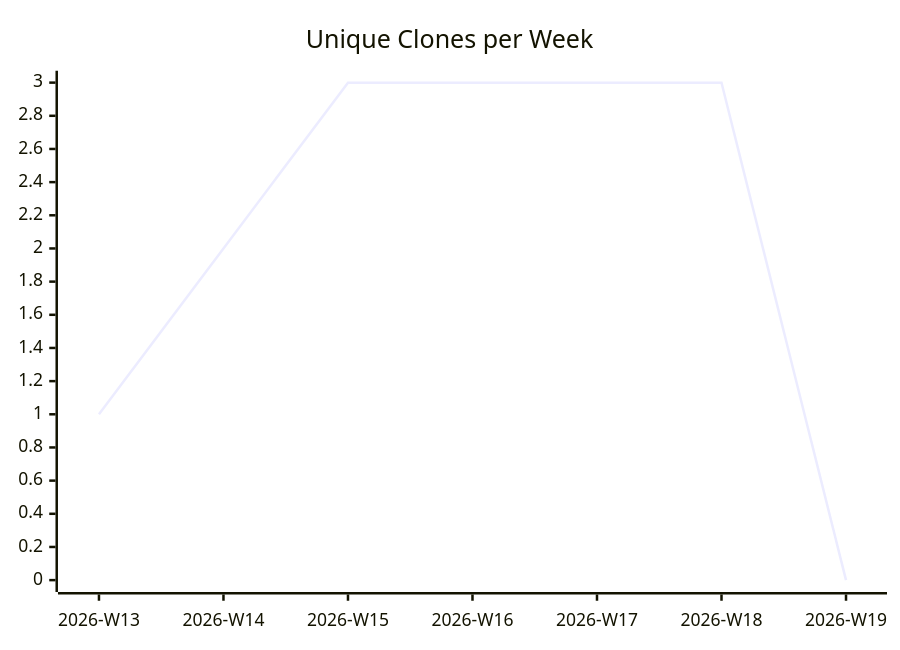
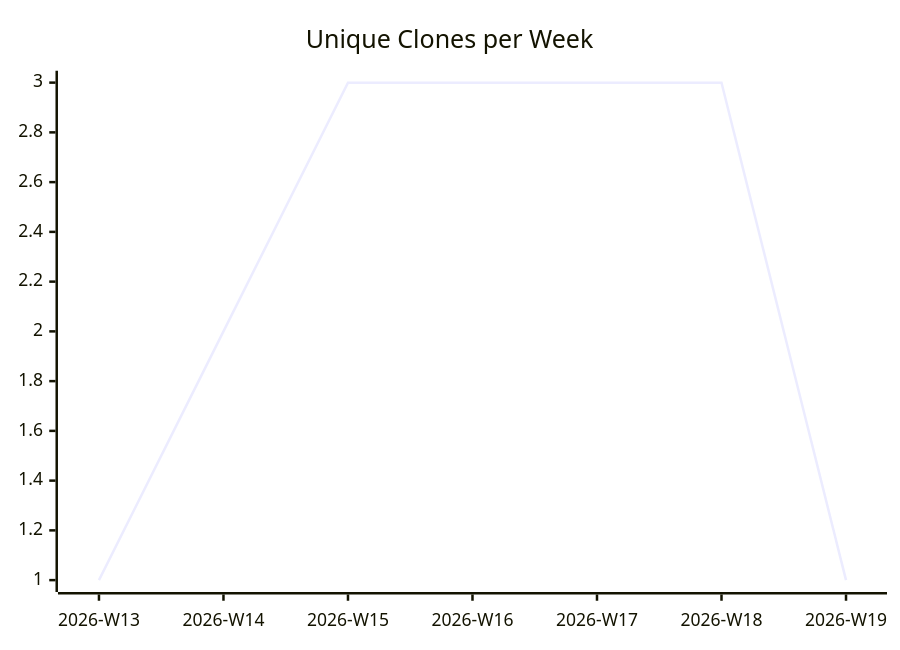
One commit to justdavis-family/github-analytics-data changed the third of 3 diagrams in karlmdavis/xmlpull/README.md. Above: the diagram before and after it, drawn with Mermaid. The commit also changed other lines of this file and 187 other files, not shown here.

````diff
--- a/karlmdavis/xmlpull/README.md
+++ b/karlmdavis/xmlpull/README.md
@@ -19,6 +19,6 @@
 ```mermaid
 xychart-beta
   title "Unique Clones per Week"
   x-axis ["2026-W13", "2026-W14", "2026-W15", "2026-W16", "2026-W17", "2026-W18", "2026-W19"]
-  line [1, 2, 3, 3, 3, 3, 0]
+  line [1, 2, 3, 3, 3, 3, 1]
 ```
````
